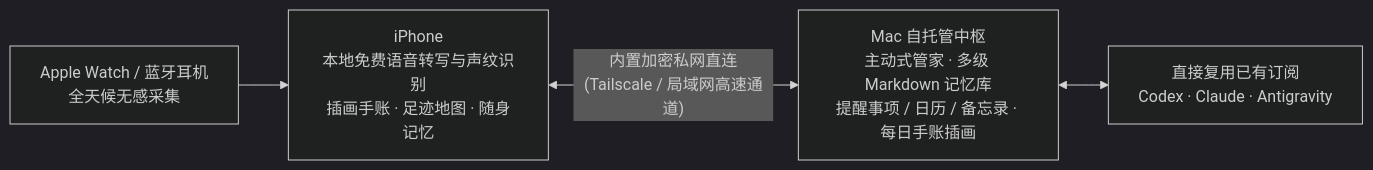
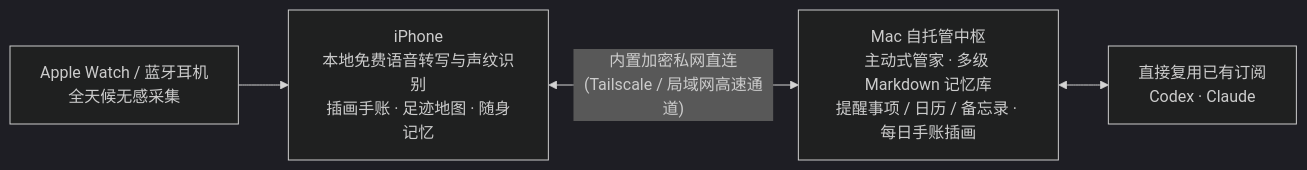
The diagram in README.zh-CN.md (Miri-Labs/MoMo-Agent), drawn with Mermaid (dark theme) before and after one commit. The commit also changed other lines of this file and 19 other files, not shown here.

````diff
--- a/README.zh-CN.md
+++ b/README.zh-CN.md
@@ -69,6 +69,6 @@
 ```mermaid
 flowchart LR
     W["Apple Watch / 蓝牙耳机\n全天候无感采集"] --> P["iPhone\n本地免费语音转写与声纹识别\n插画手账 · 足迹地图 · 随身记忆"]
     P <-->|"内置加密私网直连\n(Tailscale / 局域网高速通道)"| M["Mac 自托管中枢\n主动式管家 · 多级 Markdown 记忆库\n提醒事项 / 日历 / 备忘录 · 每日手账插画"]
-    M <--> AI["直接复用已有订阅\nCodex · Claude · Antigravity"]
+    M <--> AI["直接复用已有订阅\nCodex · Claude"]
 ```
````
